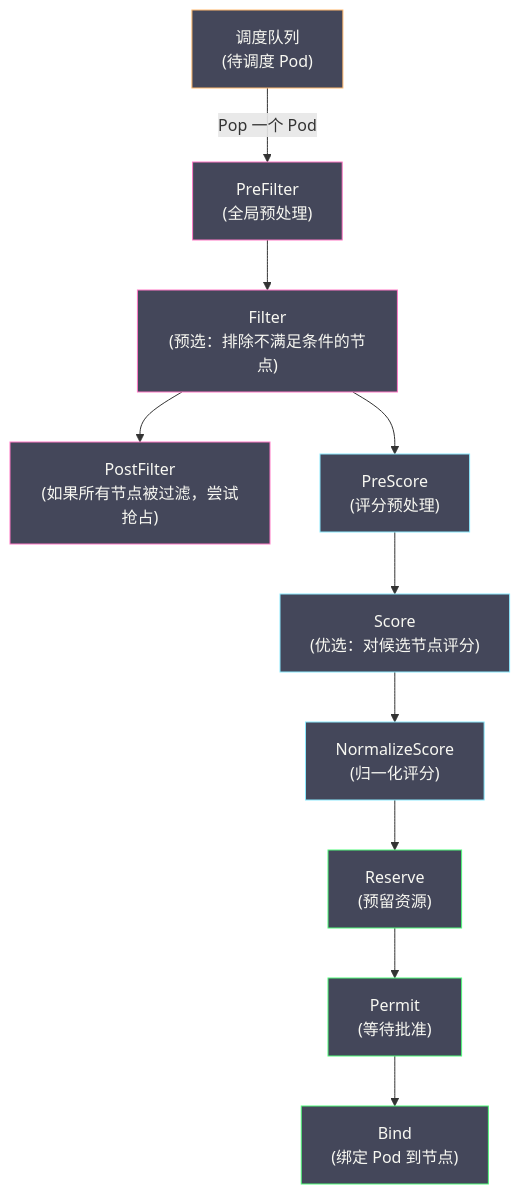
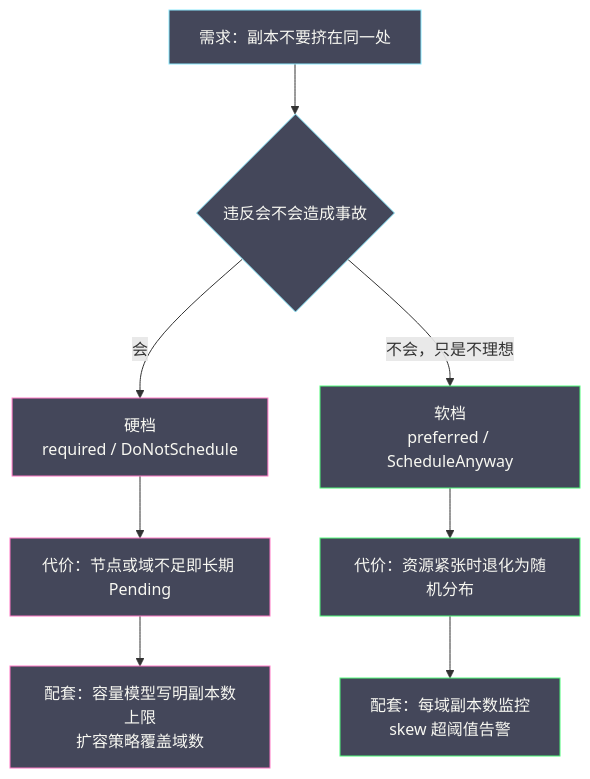
The second of 6 diagrams in content/云原生/Kubernetes/kubernetes控制器和调度器/05 Scheduler 调度流程与算法.md (hpliStartAgain/my-brain), drawn with Mermaid before and after one commit. The commit also changed other lines of this file and 259 other files, not shown here.

````diff
--- a/content/云原生/Kubernetes/kubernetes控制器和调度器/05 Scheduler 调度流程与算法.md
+++ b/content/云原生/Kubernetes/kubernetes控制器和调度器/05 Scheduler 调度流程与算法.md
@@ -31,23 +230,19 @@
 ```mermaid
 %%{init: {'theme': 'dracula'}}%%
 graph TD
-    QUEUE["调度队列</br>(待调度 Pod)"] -->|"Pop 一个 Pod"| PRE["PreFilter</br>(全局预处理)"]
-    PRE --> FILTER["Filter</br>(预选：排除不满足条件的节点)"]
-    FILTER --> POST["PostFilter</br>(如果所有节点被过滤，尝试抢占)"]
-    FILTER --> PRESCORE["PreScore</br>(评分预处理)"]
-    PRESCORE --> SCORE["Score</br>(优选：对候选节点评分)"]
-    SCORE --> NORM["NormalizeScore</br>(归一化评分)"]
-    NORM --> RESERVE["Reserve</br>(预留资源)"]
-    RESERVE --> PERMIT["Permit</br>(等待批准)"]
-    PERMIT --> BIND["Bind</br>(绑定 Pod 到节点)"]
+    NEED["需求：副本不要挤在同一处"] --> Q{"违反会不会造成事故"}
+    Q -->|"会"| HARD["硬档<br/>required / DoNotSchedule"]
+    Q -->|"不会，只是不理想"| SOFT["软档<br/>preferred / ScheduleAnyway"]
+    HARD --> H1["代价：节点或域不足即长期 Pending"]
+    H1 --> H2["配套：容量模型写明副本数上限<br/>扩容策略覆盖域数"]
+    SOFT --> S1["代价：资源紧张时退化为随机分布"]
+    S1 --> S2["配套：每域副本数监控<br/>skew 超阈值告警"]
 
-    classDef queue fill:#44475a,stroke:#ffb86c,color:#f8f8f2
-    classDef filter fill:#44475a,stroke:#ff79c6,color:#f8f8f2
-    classDef score fill:#44475a,stroke:#8be9fd,color:#f8f8f2
-    classDef bind fill:#44475a,stroke:#50fa7b,color:#f8f8f2
-
-    class QUEUE queue
-    class PRE,FILTER,POST filter
-    class PRESCORE,SCORE,NORM score
-    class RESERVE,PERMIT,BIND bind
+    classDef need fill:#44475a,stroke:#8be9fd,color:#f8f8f2
+    classDef hard fill:#44475a,stroke:#ff79c6,color:#f8f8f2
+    classDef soft fill:#44475a,stroke:#50fa7b,color:#f8f8f2
+    classDef cost fill:#44475a,stroke:#f1fa8c,color:#f8f8f2
+    class NEED,Q need
+    class HARD,H1,H2 hard
+    class SOFT,S1,S2 soft
 ```
````
